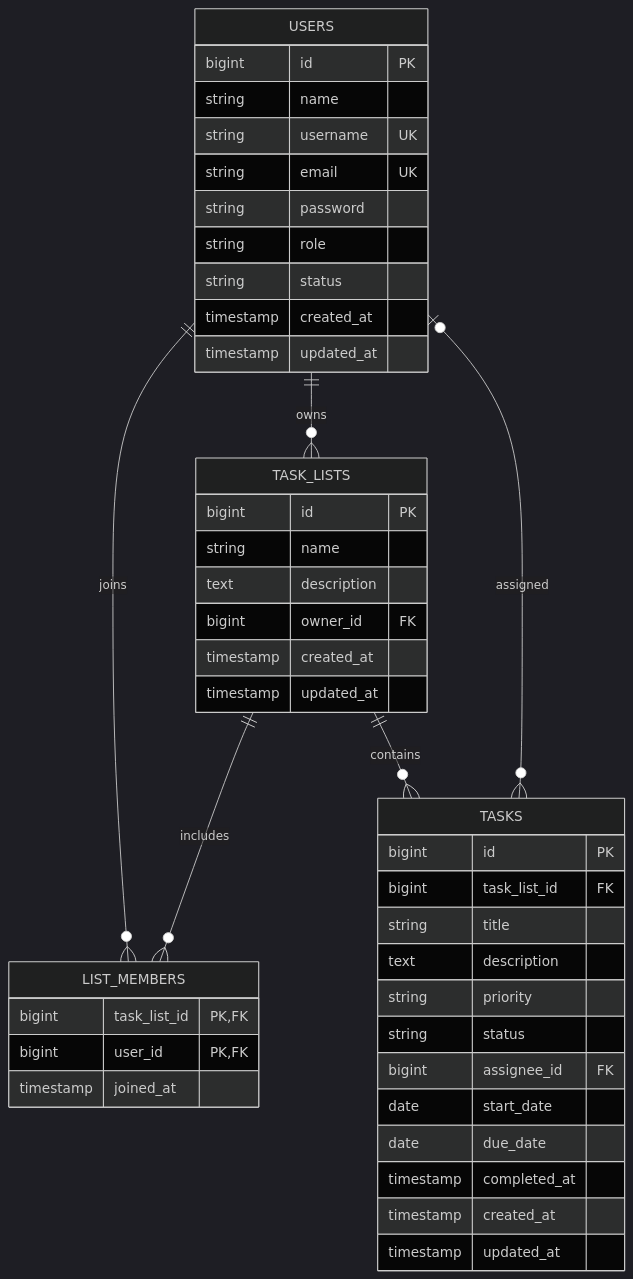
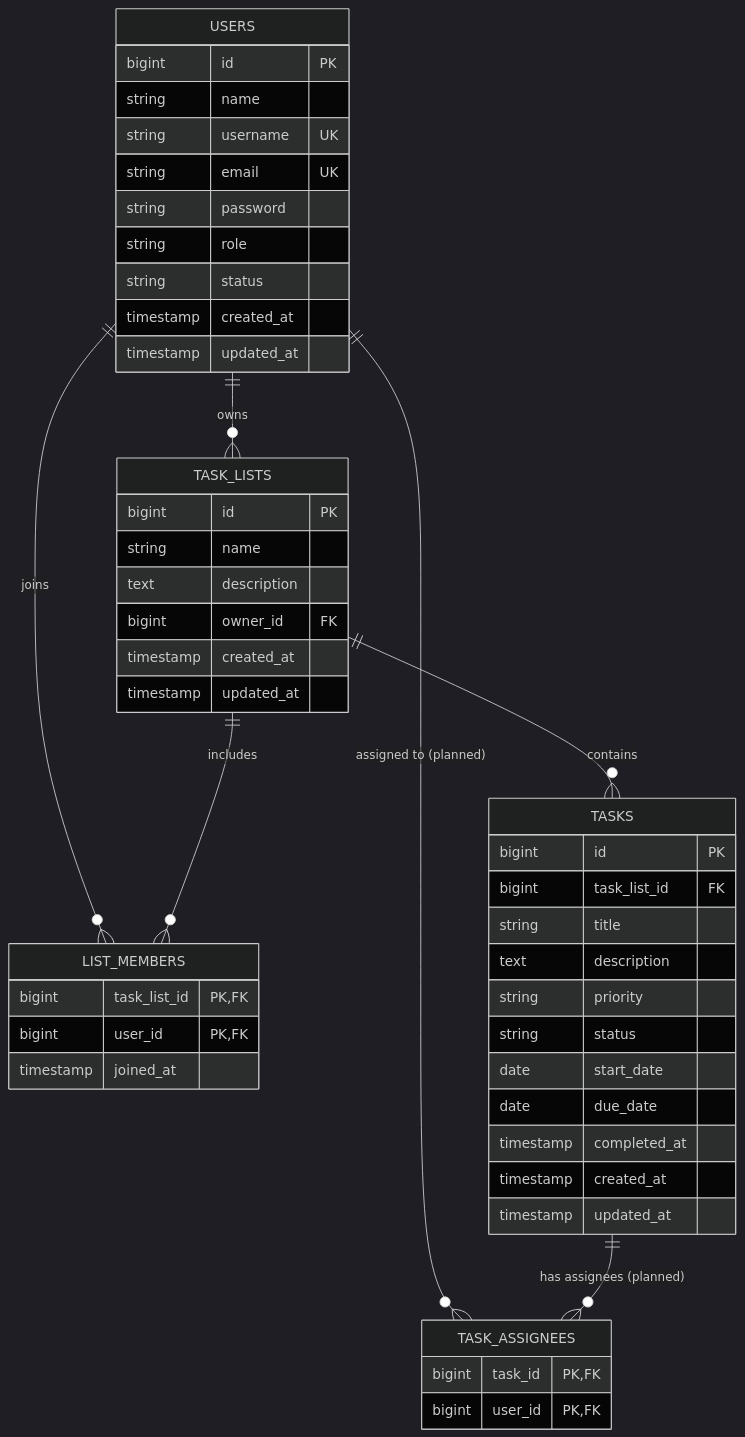
The diagram in docs/DATABASE.md (myudak/PPK-Jara), drawn with Mermaid (dark theme) before and after one commit. The commit also changed other lines of this file and 8 other files, not shown here.

````diff
--- a/docs/DATABASE.md
+++ b/docs/DATABASE.md
@@ -7,47 +9,51 @@
 ```mermaid
 erDiagram
     USERS ||--o{ TASK_LISTS : owns
     USERS ||--o{ LIST_MEMBERS : joins
     TASK_LISTS ||--o{ LIST_MEMBERS : includes
     TASK_LISTS ||--o{ TASKS : contains
-    USERS o|--o{ TASKS : assigned
+    USERS ||--o{ TASK_ASSIGNEES : "assigned to (planned)"
+    TASKS ||--o{ TASK_ASSIGNEES : "has assignees (planned)"
 
     USERS {
         bigint id PK
         string name
         string username UK
         string email UK
         string password
         string role
         string status
         timestamp created_at
         timestamp updated_at
     }
     TASK_LISTS {
         bigint id PK
         string name
         text description
         bigint owner_id FK
         timestamp created_at
         timestamp updated_at
     }
     LIST_MEMBERS {
         bigint task_list_id PK,FK
         bigint user_id PK,FK
         timestamp joined_at
     }
     TASKS {
         bigint id PK
         bigint task_list_id FK
         string title
         text description
         string priority
         string status
-        bigint assignee_id FK
         date start_date
         date due_date
         timestamp completed_at
         timestamp created_at
         timestamp updated_at
     }
+    TASK_ASSIGNEES {
+        bigint task_id PK,FK
+        bigint user_id PK,FK
+    }
 ```
````
